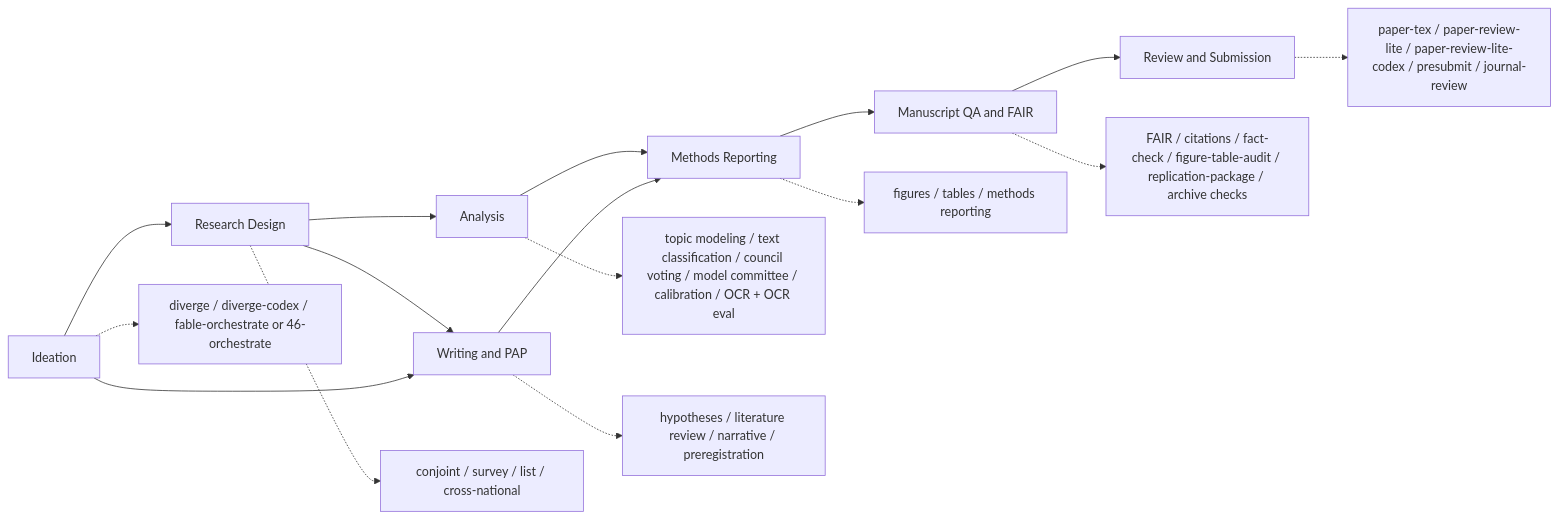
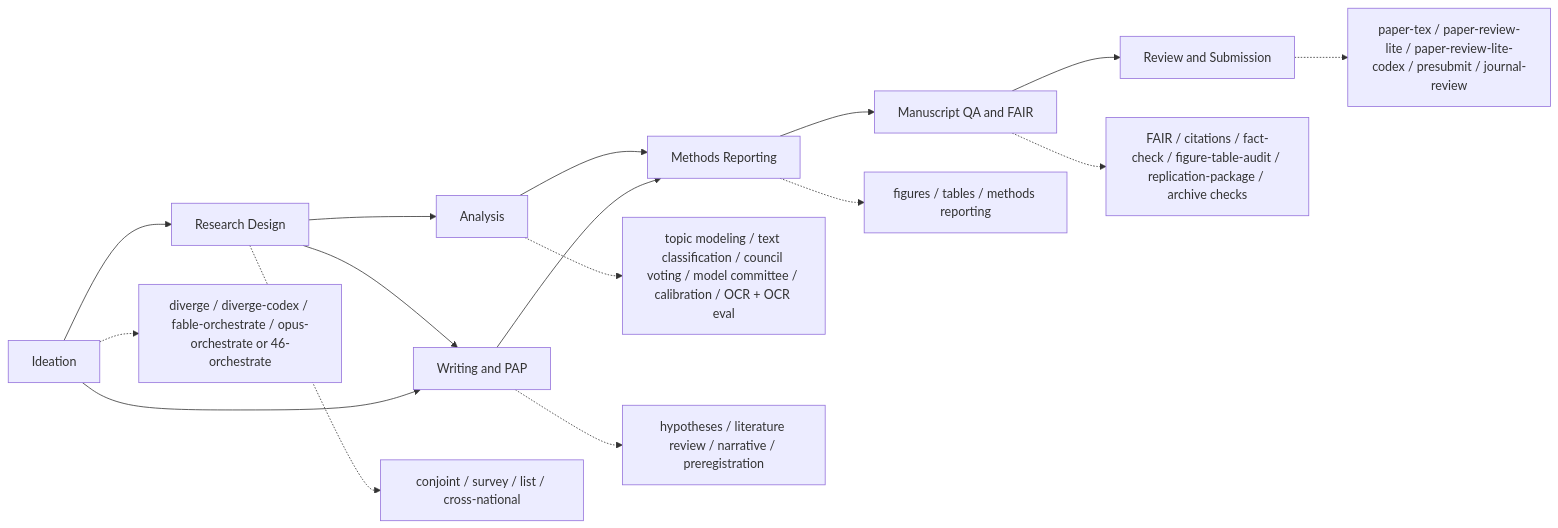
Before and after one commit to scdenney/open-science-skills: the diagram in README.md, drawn with Mermaid. The commit also changed other lines of this file and 8 other files, not shown here.

First line of the commit message:
v2.13.0: add opus-orchestrate skill — Opus 4.8 lead under ultracode (35 -> 36)

````diff
--- a/README.md
+++ b/README.md
@@ -43,20 +43,20 @@
 ```mermaid
 flowchart LR
     A[Research Design] --> B[Analysis]
     A --> C[Writing and PAP]
     B --> D[Methods Reporting]
     C --> D
     D --> E[Manuscript QA and FAIR]
     E --> F[Review and Submission]
 
     G[Ideation] --> A
     G --> C
 
     A -.-> A1[conjoint / survey / list / cross-national]
     B -.-> B1[topic modeling / text classification / council voting / model committee / calibration / OCR + OCR eval]
     C -.-> C1[hypotheses / literature review / narrative / preregistration]
     D -.-> D1[figures / tables / methods reporting]
     E -.-> E1[FAIR / citations / fact-check / figure-table-audit / replication-package / archive checks]
     F -.-> F1[paper-tex / paper-review-lite / paper-review-lite-codex / presubmit / journal-review]
-    G -.-> G1[diverge / diverge-codex / fable-orchestrate or 46-orchestrate]
+    G -.-> G1[diverge / diverge-codex / fable-orchestrate / opus-orchestrate or 46-orchestrate]
 ```
````
